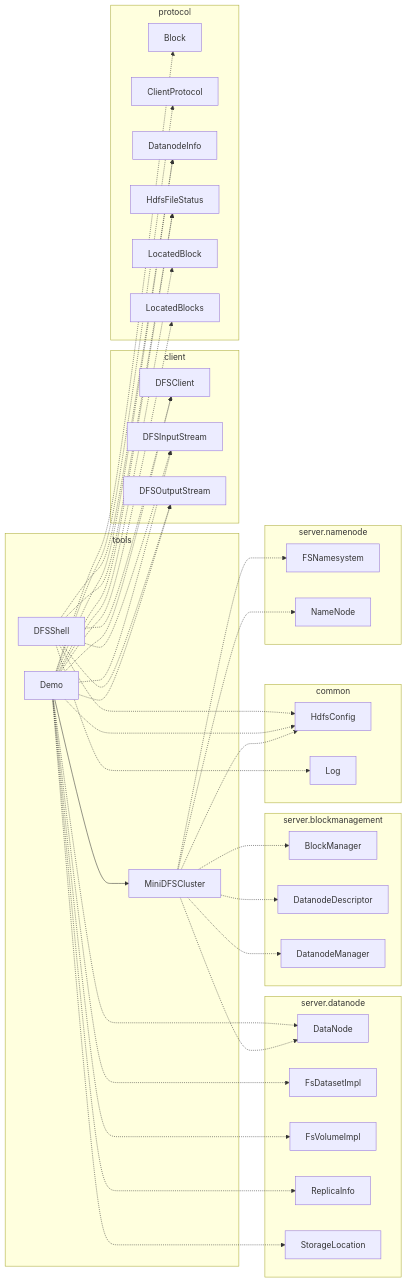
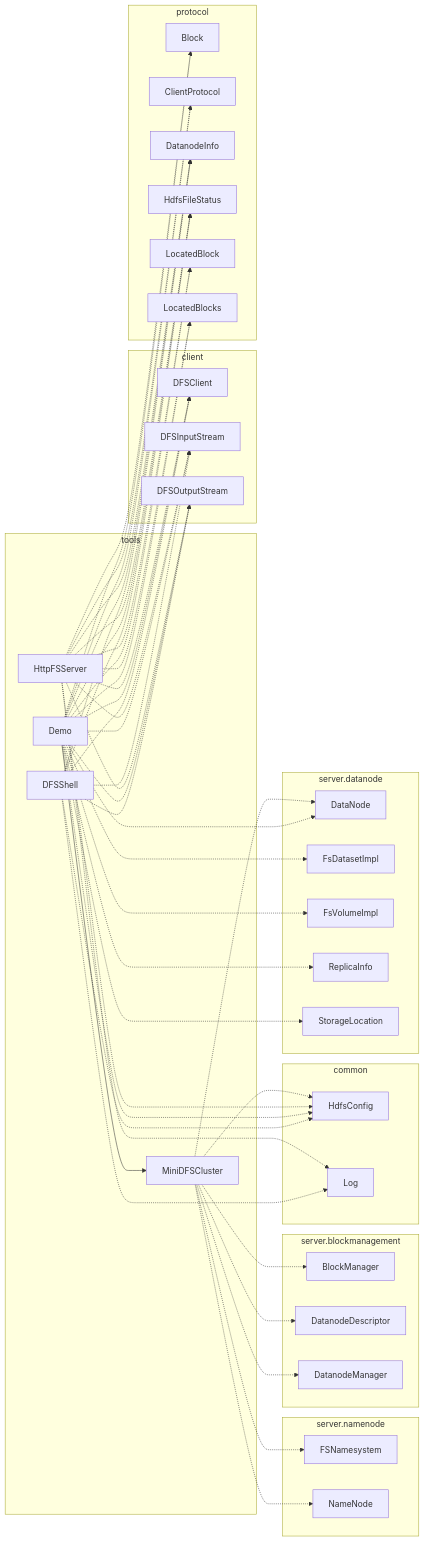
Diagram 11 of 11 in docs/DEPENDENCIES.md (catothi/edudfs), drawn with Mermaid before and after one commit. The commit also changed other lines of this file and 19 other files, not shown here.

Commit message:
Parquet: HttpFS server, Python parquet tools (explorer, bench, query, demo), docs

```diff
--- a/docs/DEPENDENCIES.md
+++ b/docs/DEPENDENCIES.md
@@ -850,6 +850,7 @@
     subgraph tools_box["tools"]
         tools_DFSShell["DFSShell"]
         tools_Demo["Demo"]
+        tools_HttpFSServer["HttpFSServer"]
         tools_MiniDFSCluster["MiniDFSCluster"]
     end
     subgraph client_ext_tools["client"]
@@ -908,6 +909,17 @@
     tools_Demo -.-> server_datanode_ReplicaInfo
     tools_Demo -.-> server_datanode_StorageLocation
     tools_Demo --> tools_MiniDFSCluster
+    tools_HttpFSServer -.-> client_DFSClient
+    tools_HttpFSServer -.-> client_DFSInputStream
+    tools_HttpFSServer -.-> client_DFSOutputStream
+    tools_HttpFSServer -.-> common_HdfsConfig
+    tools_HttpFSServer -.-> common_Log
+    tools_HttpFSServer -.-> protocol_Block
+    tools_HttpFSServer -.-> protocol_ClientProtocol
+    tools_HttpFSServer -.-> protocol_DatanodeInfo
+    tools_HttpFSServer -.-> protocol_HdfsFileStatus
+    tools_HttpFSServer -.-> protocol_LocatedBlock
+    tools_HttpFSServer -.-> protocol_LocatedBlocks
     tools_MiniDFSCluster -.-> common_HdfsConfig
     tools_MiniDFSCluster -.-> server_blockmanagement_BlockManager
     tools_MiniDFSCluster -.-> server_blockmanagement_DatanodeDescriptor
```
